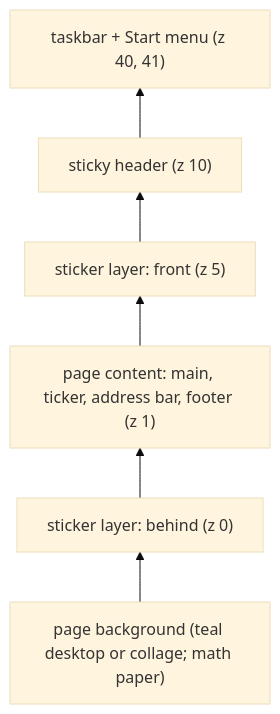
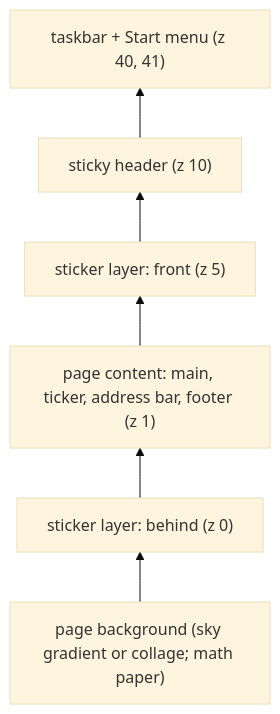
One commit to ChrisMedkit/CS-235-IntroToAI changed the fifth of 12 diagrams in DIAGRAM.md. Above: the diagram before and after it, drawn with Mermaid (base theme). The commit also changed other lines of this file and 4 other files, not shown here.

````diff
--- a/DIAGRAM.md
+++ b/DIAGRAM.md
@@ -82,8 +82,8 @@
 ```mermaid
 flowchart BT
-  BG["page background (teal desktop or collage; math paper)"] --> L0["sticker layer: behind (z 0)"]
+  BG["page background (sky gradient or collage; math paper)"] --> L0["sticker layer: behind (z 0)"]
   L0 --> C["page content: main, ticker, address bar, footer (z 1)"]
   C --> L5["sticker layer: front (z 5)"]
   L5 --> H["sticky header (z 10)"]
   H --> TB["taskbar + Start menu (z 40, 41)"]
 ```
````
